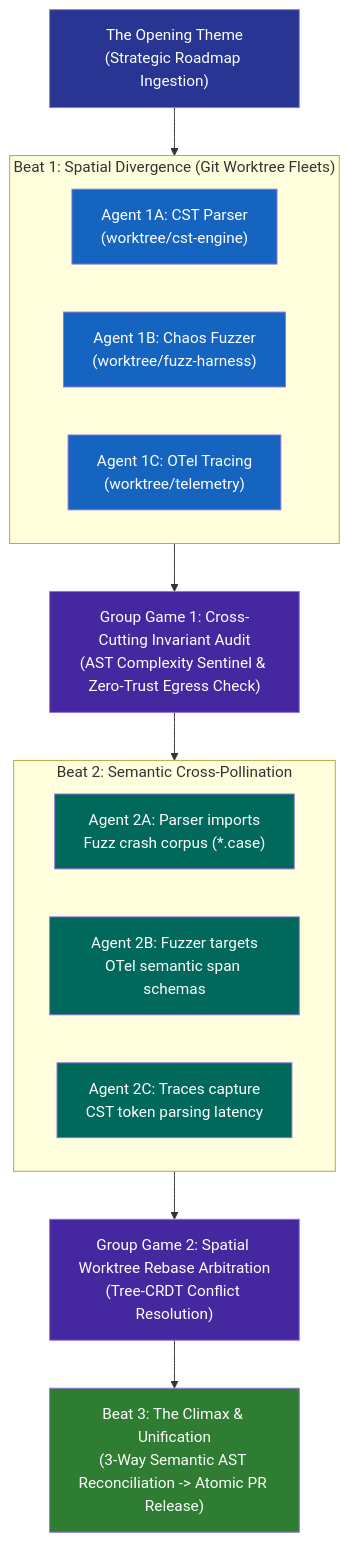
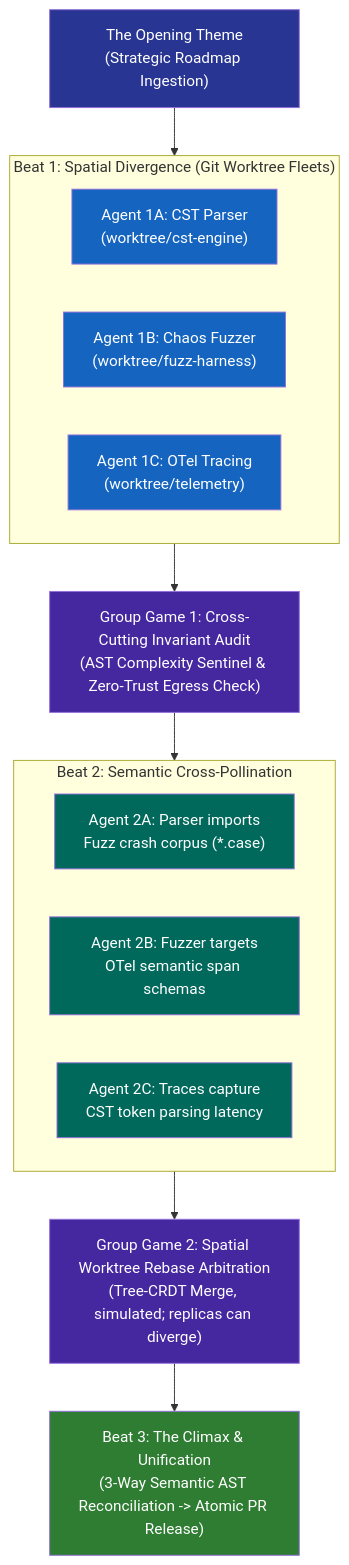
One commit to dan-petty/vibes changed the fifth of 6 diagrams in docs/TAXONOMY.md. Above: the diagram before and after it, drawn with Mermaid. The commit also changed other lines of this file and 248 other files, not shown here.

````diff
--- a/docs/TAXONOMY.md
+++ b/docs/TAXONOMY.md
@@ -241,36 +243,36 @@
 ```mermaid
 flowchart TD
     classDef opening fill:#283593,color:#fff
     classDef beat1 fill:#1565c0,color:#fff
     classDef group fill:#4527a0,color:#fff
     classDef beat2 fill:#00695c,color:#fff
     classDef climax fill:#2e7d32,color:#fff
 
     O["The Opening Theme<br/>(Strategic Roadmap Ingestion)"]:::opening
 
     subgraph B1["Beat 1: Spatial Divergence (Git Worktree Fleets)"]
         direction LR
         S1["Agent 1A: CST Parser<br/>(worktree/cst-engine)"]:::beat1
         S2["Agent 1B: Chaos Fuzzer<br/>(worktree/fuzz-harness)"]:::beat1
         S3["Agent 1C: OTel Tracing<br/>(worktree/telemetry)"]:::beat1
     end
 
     G1["Group Game 1: Cross-Cutting Invariant Audit<br/>(AST Complexity Sentinel & Zero-Trust Egress Check)"]:::group
 
     subgraph B2["Beat 2: Semantic Cross-Pollination"]
         direction LR
         S4["Agent 2A: Parser imports<br/>Fuzz crash corpus (*.case)"]:::beat2
         S5["Agent 2B: Fuzzer targets<br/>OTel semantic span schemas"]:::beat2
         S6["Agent 2C: Traces capture<br/>CST token parsing latency"]:::beat2
     end
 
-    G2["Group Game 2: Spatial Worktree Rebase Arbitration<br/>(Tree-CRDT Conflict Resolution)"]:::group
+    G2["Group Game 2: Spatial Worktree Rebase Arbitration<br/>(Tree-CRDT Merge, simulated; replicas can diverge)"]:::group
 
     C["Beat 3: The Climax & Unification<br/>(3-Way Semantic AST Reconciliation -> Atomic PR Release)"]:::climax
 
     O --> B1
     B1 --> G1
     G1 --> B2
     B2 --> G2
     G2 --> C
 ```
````
